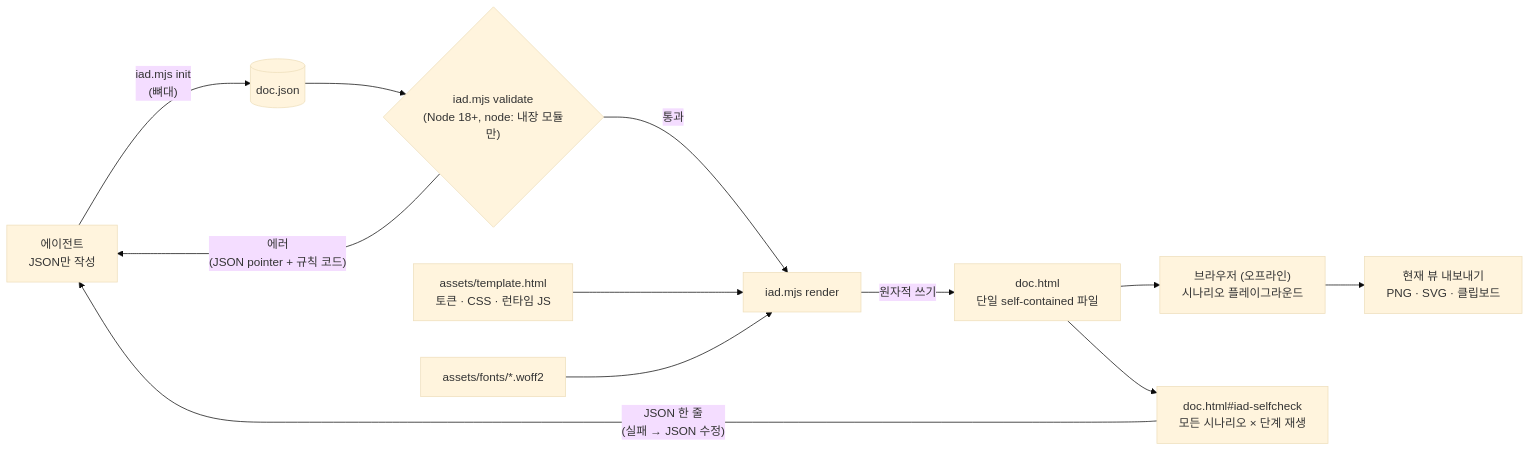
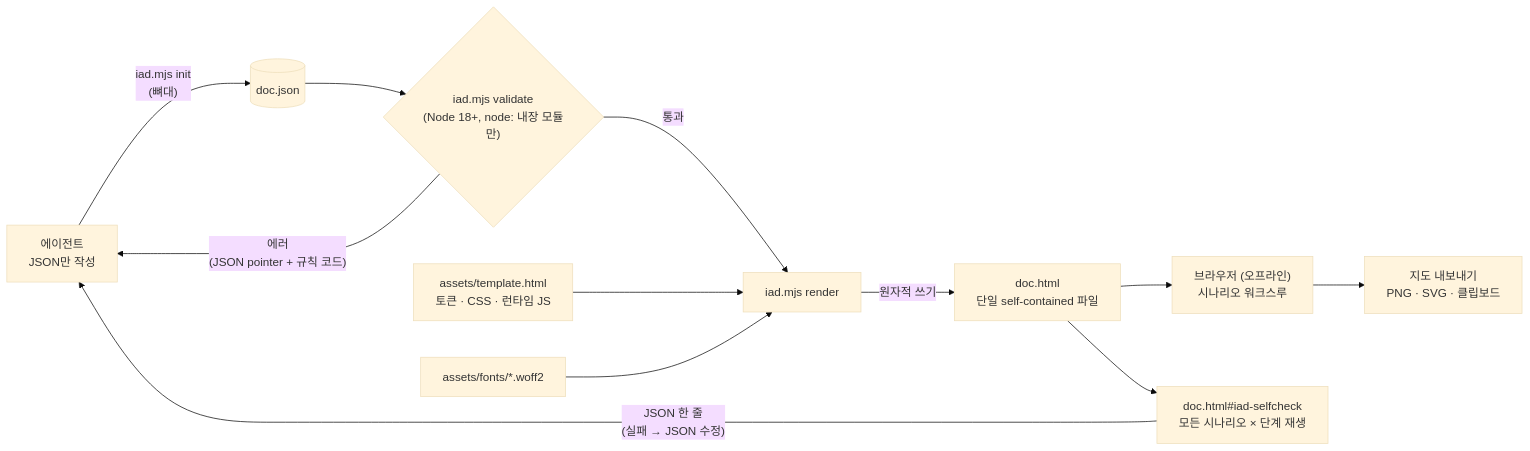
Before and after one commit to sunjae98/interactive-architecture-doc: the diagram in README.ko.md, drawn with Mermaid (base theme). The commit also changed other lines of this file and 4 other files, not shown here.

````diff
--- a/README.ko.md
+++ b/README.ko.md
@@ -39,14 +39,14 @@
 ```mermaid
 flowchart LR
     A["에이전트<br/>JSON만 작성"] -- "iad.mjs init<br/>(뼈대)" --> J[("doc.json")]
     J --> V{"iad.mjs validate<br/>(Node 18+, node: 내장 모듈만)"}
     V -- "에러<br/>(JSON pointer + 규칙 코드)" --> A
     V -- "통과" --> R["iad.mjs render"]
     T["assets/template.html<br/>토큰 · CSS · 런타임 JS"] --> R
     F["assets/fonts/*.woff2"] --> R
     R -- "원자적 쓰기" --> H["doc.html<br/>단일 self-contained 파일"]
-    H --> B["브라우저 (오프라인)<br/>시나리오 플레이그라운드"]
-    B --> E["현재 뷰 내보내기<br/>PNG · SVG · 클립보드"]
+    H --> B["브라우저 (오프라인)<br/>시나리오 워크스루"]
+    B --> E["지도 내보내기<br/>PNG · SVG · 클립보드"]
     H --> S["doc.html#iad-selfcheck<br/>모든 시나리오 × 단계 재생"]
     S -- "JSON 한 줄<br/>(실패 → JSON 수정)" --> A
 ```
````
